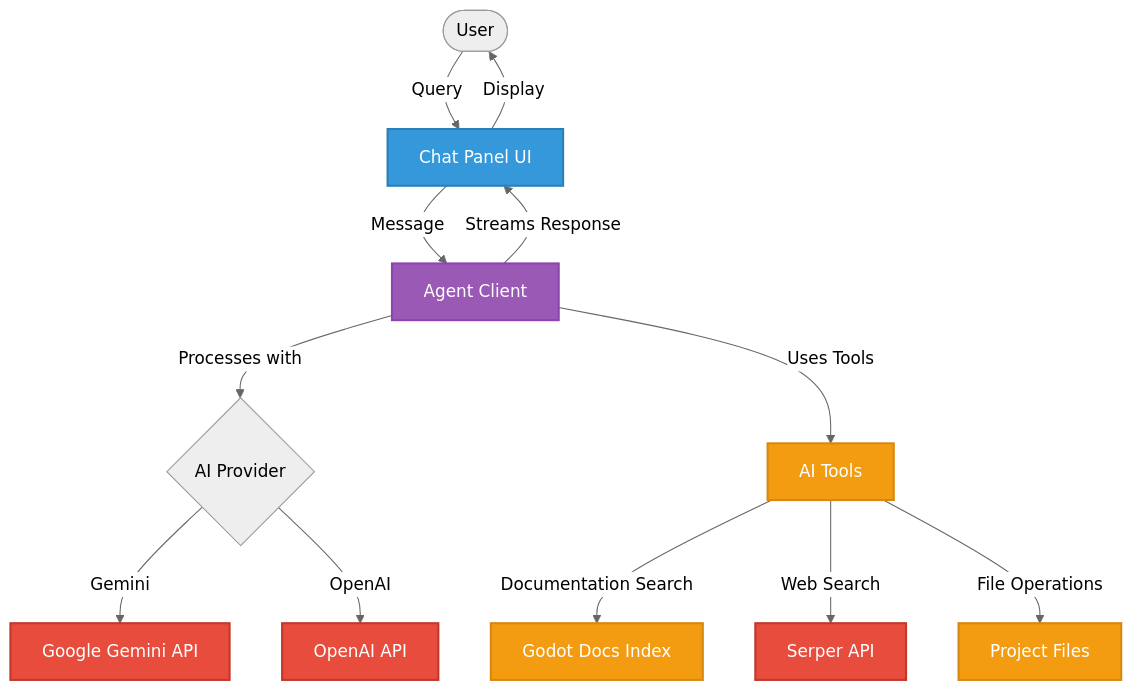
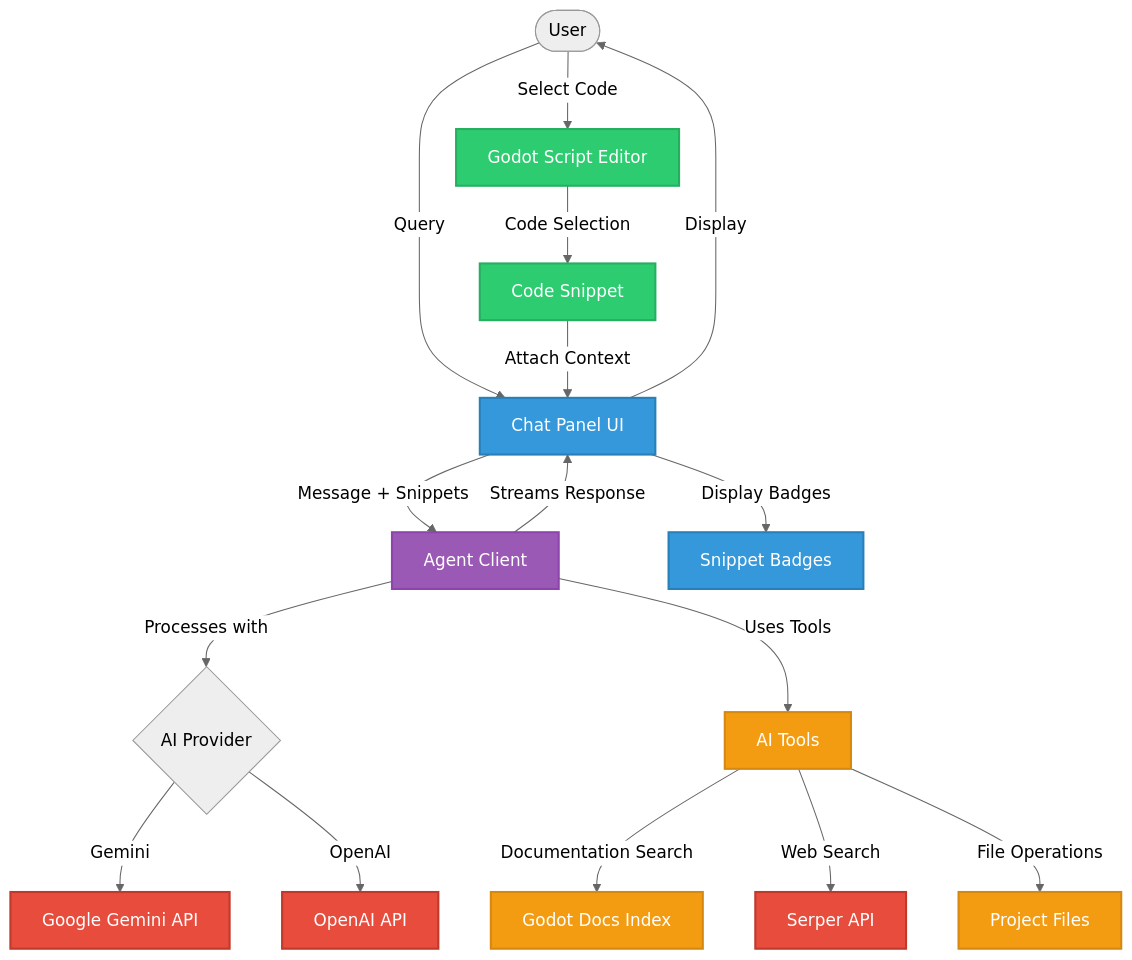
Before and after one commit to soumik12345/G0: the diagram in README.md, drawn with Mermaid (neutral theme). The commit also changed other lines of this file and 9 other files, not shown here.

Commit message:
add: code snippets selection

````diff
--- a/README.md
+++ b/README.md
@@ -64,27 +68,35 @@
 ```mermaid
 graph TB
     User([User]) -->|Query| ChatPanel[Chat Panel UI]
-    ChatPanel -->|Message| AgentClient[Agent Client]
+    User -->|Select Code| ScriptEditor[Godot Script Editor]
+
+    ScriptEditor -->|Code Selection| CodeSnippet[Code Snippet]
+    CodeSnippet -->|Attach Context| ChatPanel
+
+    ChatPanel -->|Message + Snippets| AgentClient[Agent Client]
+    ChatPanel -->|Display Badges| SnippetBadge[Snippet Badges]
 
     AgentClient -->|Processes with| AIProvider{AI Provider}
     AIProvider -->|Gemini| Gemini[Google Gemini API]
     AIProvider -->|OpenAI| OpenAI[OpenAI API]
 
     AgentClient -->|Uses Tools| Tools[AI Tools]
     Tools -->|Documentation Search| GodotDocs[Godot Docs Index]
     Tools -->|Web Search| SerperAPI[Serper API]
     Tools -->|File Operations| FileSystem[Project Files]
 
     AgentClient -->|Streams Response| ChatPanel
     ChatPanel -->|Display| User
 
     classDef ui fill:#3498db,stroke:#2980b9,stroke-width:2px,color:#fff
     classDef core fill:#9b59b6,stroke:#8e44ad,stroke-width:2px,color:#fff
     classDef external fill:#e74c3c,stroke:#c0392b,stroke-width:2px,color:#fff
     classDef tools fill:#f39c12,stroke:#d68910,stroke-width:2px,color:#fff
+    classDef snippets fill:#2ecc71,stroke:#27ae60,stroke-width:2px,color:#fff
 
-    class ChatPanel ui
+    class ChatPanel,SnippetBadge ui
     class AgentClient core
     class Gemini,OpenAI,SerperAPI external
     class Tools,GodotDocs,FileSystem tools
+    class ScriptEditor,CodeSnippet snippets
 ```
````
